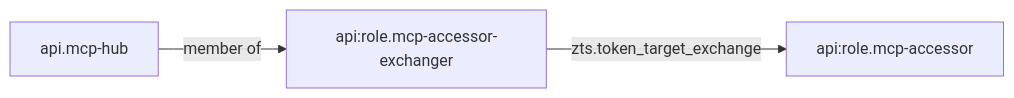
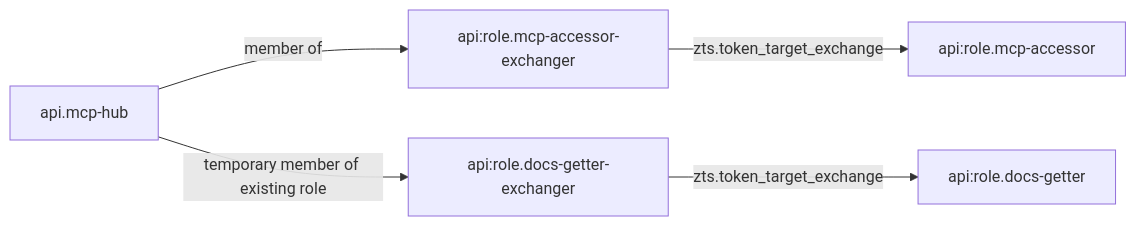
Before and after one commit to mlajkim/id-jag-the-hard-way: the fifth of 5 diagrams in research/athenz/token_exchange/260613-idjag-at-at-at-exchange.md, drawn with Mermaid. The commit also changed other lines of this file and 1 other file, not shown here.

````diff
--- a/research/athenz/token_exchange/260613-idjag-at-at-at-exchange.md
+++ b/research/athenz/token_exchange/260613-idjag-at-at-at-exchange.md
@@ -162,9 +163,13 @@
 ```mermaid
 flowchart LR
   Hub["api.mcp-hub"]
-  TargetRole["api:role.mcp-accessor-exchanger"]
+  MCPRole["api:role.mcp-accessor-exchanger"]
   MCPAccessor["api:role.mcp-accessor"]
+  DocsRole["api:role.docs-getter-exchanger"]
+  DocsGetter["api:role.docs-getter"]
 
-  Hub -->|member of| TargetRole
-  TargetRole -->|zts.token_target_exchange| MCPAccessor
+  Hub -->|member of| MCPRole
+  MCPRole -->|zts.token_target_exchange| MCPAccessor
+  Hub -->|temporary member of existing role| DocsRole
+  DocsRole -->|zts.token_target_exchange| DocsGetter
 ```
````
